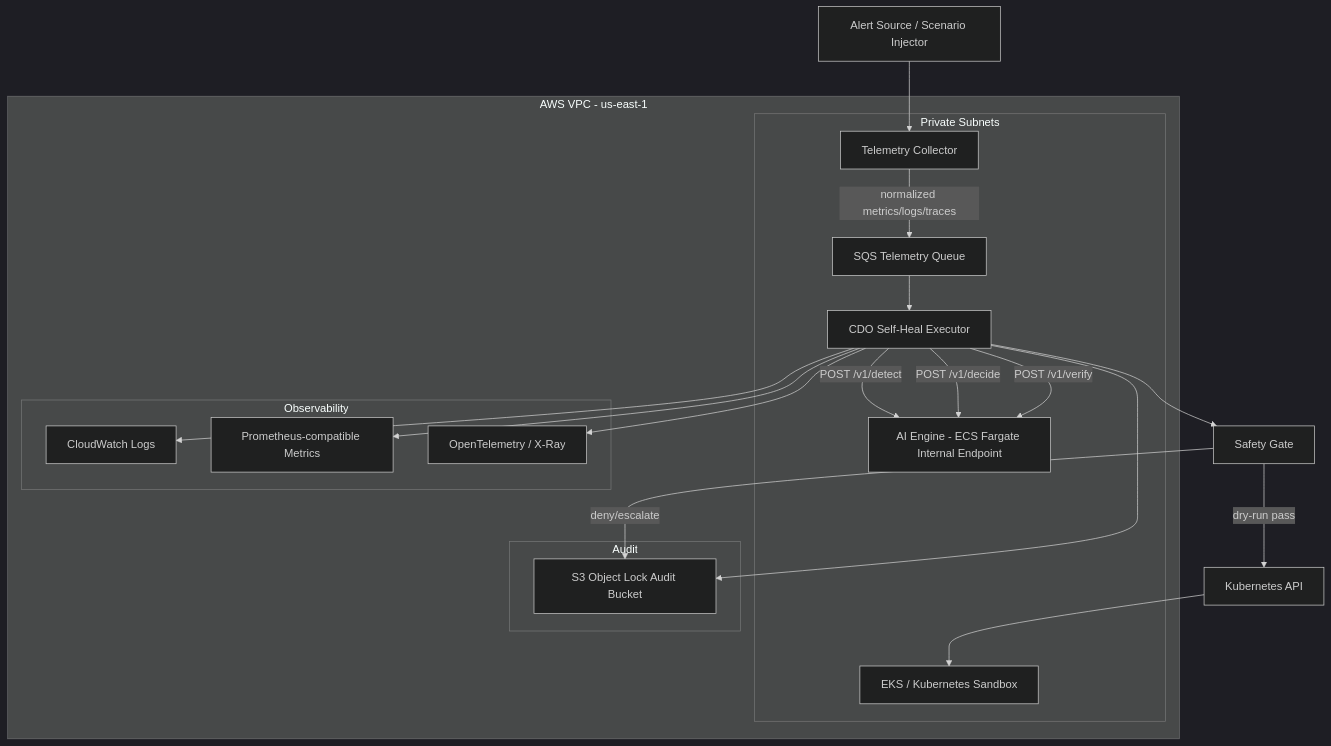
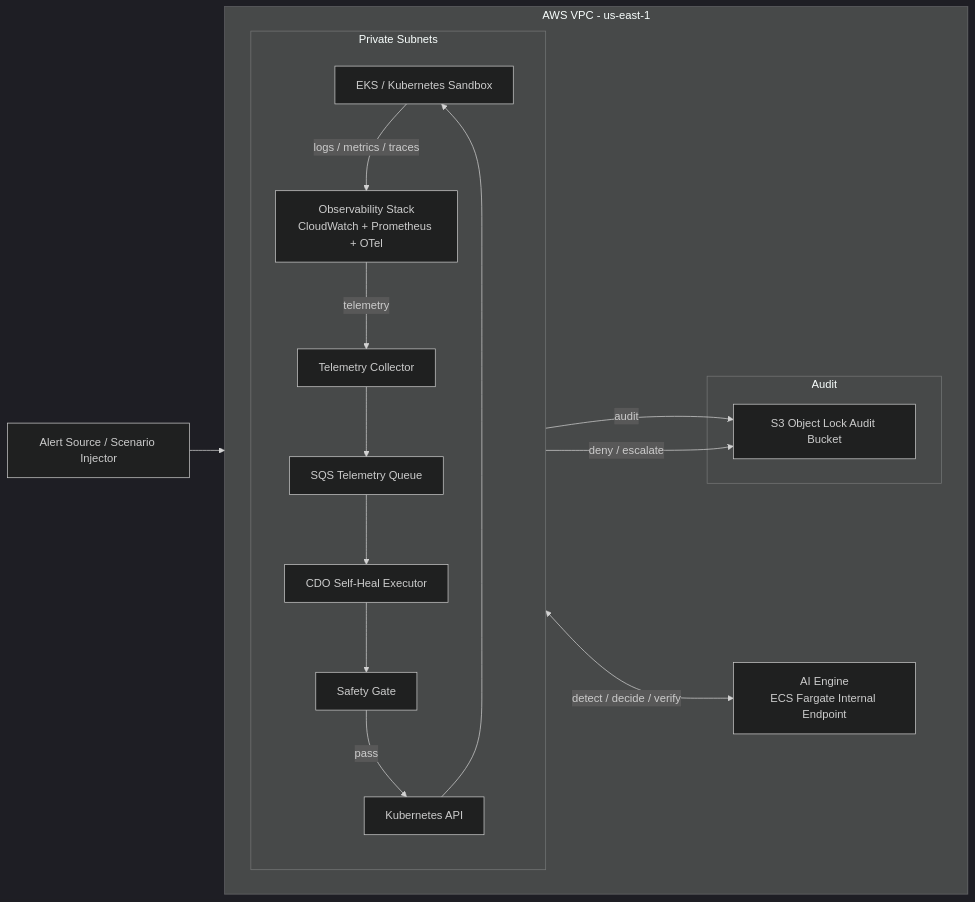
The diagram in docs/02_infra_design.md (nguyenha0112/Self_Heal_AgentAWS), drawn with Mermaid (dark theme) before and after one commit.

Commit message:
Simplify infra architecture diagram

````diff
--- a/docs/02_infra_design.md
+++ b/docs/02_infra_design.md
@@ -60,37 +60,37 @@
 ```mermaid
-graph TB
+flowchart LR
+    ALERT[Alert Source / Scenario Injector]
+
     subgraph "AWS VPC - us-east-1"
+        direction LR
+
         subgraph "Private Subnets"
+            direction TB
             EKS[EKS / Kubernetes Sandbox]
-            EXEC[CDO Self-Heal Executor]
+            OBS[Observability Stack<br/>CloudWatch + Prometheus + OTel]
             COLLECTOR[Telemetry Collector]
             SQS[SQS Telemetry Queue]
-            AI[AI Engine - ECS Fargate Internal Endpoint]
+            EXEC[CDO Self-Heal Executor]
+            SAFETY[Safety Gate]
+            K8S[Kubernetes API]
         end
 
-        subgraph "Observability"
-            CW[CloudWatch Logs]
-            PROM[Prometheus-compatible Metrics]
-            OTEL[OpenTelemetry / X-Ray]
-        end
+        AI[AI Engine<br/>ECS Fargate Internal Endpoint]
 
         subgraph "Audit"
             S3[S3 Object Lock Audit Bucket]
         end
     end
 
-    ALERT[Alert Source / Scenario Injector] --> COLLECTOR
-    COLLECTOR -->|normalized metrics/logs/traces| SQS
+    ALERT --> OBS
+    EKS -->|logs / metrics / traces| OBS
+    OBS -->|telemetry| COLLECTOR
+    COLLECTOR --> SQS
     SQS --> EXEC
-    EXEC -->|POST /v1/detect| AI
-    EXEC -->|POST /v1/decide| AI
-    EXEC --> SAFETY[Safety Gate]
-    SAFETY -->|dry-run pass| K8S[Kubernetes API]
+    EXEC <-->|detect / decide / verify| AI
+    EXEC --> SAFETY
+    SAFETY -->|pass| K8S
     K8S --> EKS
-    EXEC -->|POST /v1/verify| AI
-    EXEC --> CW
-    EXEC --> PROM
-    EXEC --> OTEL
-    EXEC --> S3
-    SAFETY -->|deny/escalate| S3
+    EXEC -->|audit| S3
+    SAFETY -->|deny / escalate| S3
 ```
````
